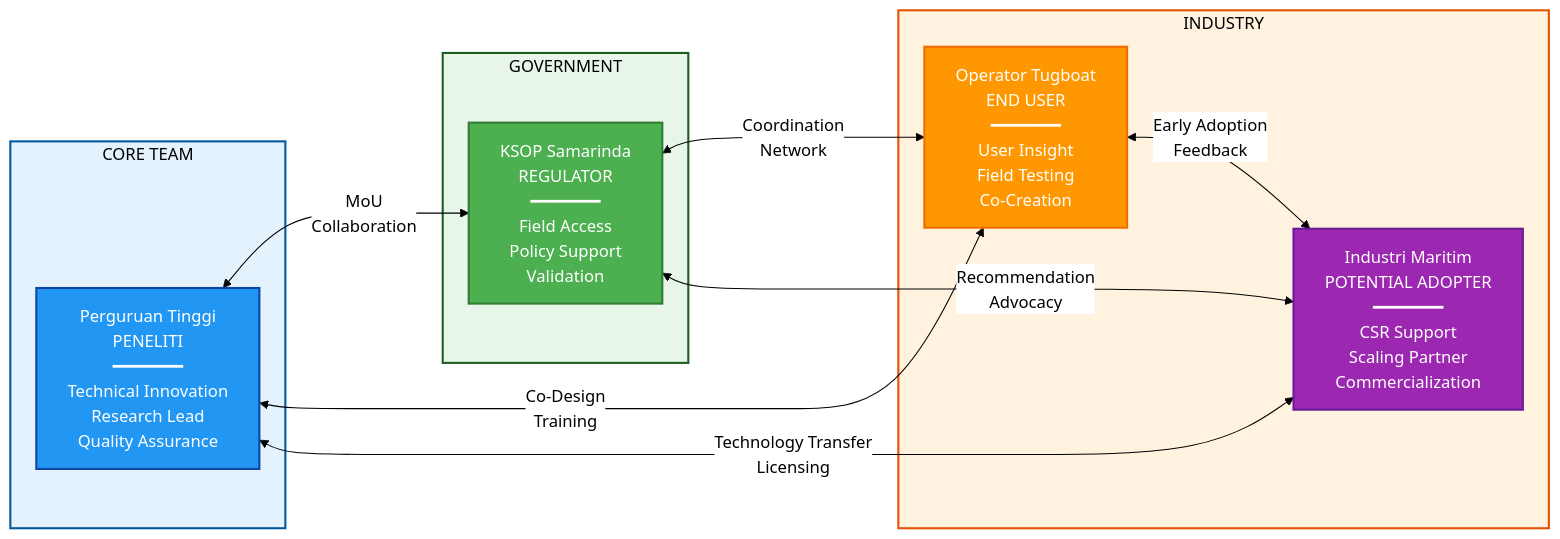
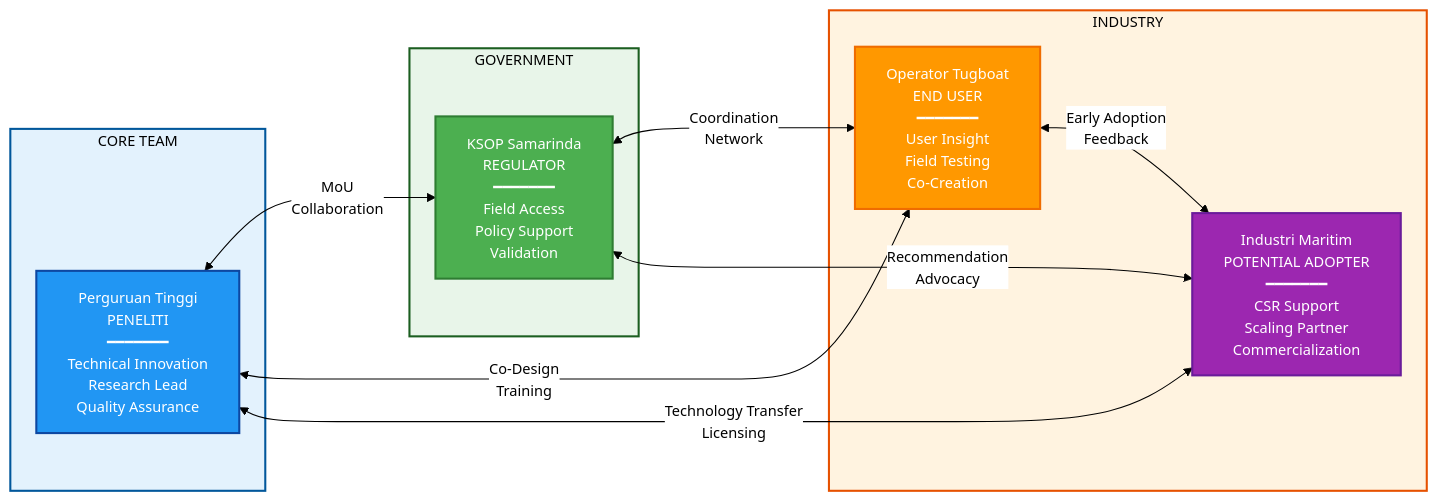
The fourth of 5 diagrams in 01_PROPOSAL_UTAMA_BESTARI_SAINTEK.md (antonprafanto/buros2025), drawn with Mermaid before and after one commit. The commit also changed other lines of this file, not shown here.

First line of the commit message:
Enhance Mermaid diagram theme with comprehensive white background

````diff
--- a/01_PROPOSAL_UTAMA_BESTARI_SAINTEK.md
+++ b/01_PROPOSAL_UTAMA_BESTARI_SAINTEK.md
@@ -421,57 +421,57 @@
 ```mermaid
-%%{init: {'theme':'base', 'themeVariables': { 'primaryColor':'#ffffff','primaryTextColor':'#000','primaryBorderColor':'#000','lineColor':'#000','secondaryColor':'#f5f5f5','background':'#ffffff','mainBkg':'#ffffff','edgeLabelBackground':'#ffffff','clusterBkg':'#f5f5f5','clusterBorder':'#666'}}}%%
+%%{init: {'theme':'base', 'themeVariables': { 'primaryColor':'#ffffff','primaryTextColor':'#000','primaryBorderColor':'#000','lineColor':'#000','secondaryColor':'#ffffff','background':'#ffffff','mainBkg':'#ffffff','secondBkg':'#ffffff','edgeLabelBackground':'#ffffff','clusterBkg':'#f5f5f5','clusterBorder':'#666','fontFamily':'arial','fontSize':'14px','textColor':'#000','nodeBorder':'#000','nodeTextColor':'#000','arrowheadColor':'#000'}}}%%
 graph LR
     subgraph Core["CORE TEAM"]
         PT["Perguruan Tinggi
         PENELITI
         ━━━━━━━
         Technical Innovation
         Research Lead
         Quality Assurance"]
     end
 
     subgraph Gov["GOVERNMENT"]
         KSOP["KSOP Samarinda
         REGULATOR
         ━━━━━━━
         Field Access
         Policy Support
         Validation"]
     end
 
     subgraph Industry["INDUSTRY"]
         OPR["Operator Tugboat
         END USER
         ━━━━━━━
         User Insight
         Field Testing
         Co-Creation"]
         MAR["Industri Maritim
         POTENTIAL ADOPTER
         ━━━━━━━
         CSR Support
         Scaling Partner
         Commercialization"]
     end
 
     PT <-->|"MoU
     Collaboration"| KSOP
     PT <-->|"Co-Design
     Training"| OPR
     KSOP <-->|"Coordination
     Network"| OPR
     KSOP <-->|"Recommendation
     Advocacy"| MAR
     PT <-->|"Technology Transfer
     Licensing"| MAR
     OPR <-->|"Early Adoption
     Feedback"| MAR
 
     style PT fill:#2196f3,color:#fff,stroke:#0d47a1,stroke-width:2px
     style KSOP fill:#4caf50,color:#fff,stroke:#2e7d32,stroke-width:2px
     style OPR fill:#ff9800,color:#fff,stroke:#ef6c00,stroke-width:2px
     style MAR fill:#9c27b0,color:#fff,stroke:#6a1b9a,stroke-width:2px
     style Core fill:#e3f2fd,stroke:#01579b,stroke-width:2px,color:#000
     style Gov fill:#e8f5e9,stroke:#1b5e20,stroke-width:2px,color:#000
     style Industry fill:#fff3e0,stroke:#e65100,stroke-width:2px,color:#000
 ```
````
